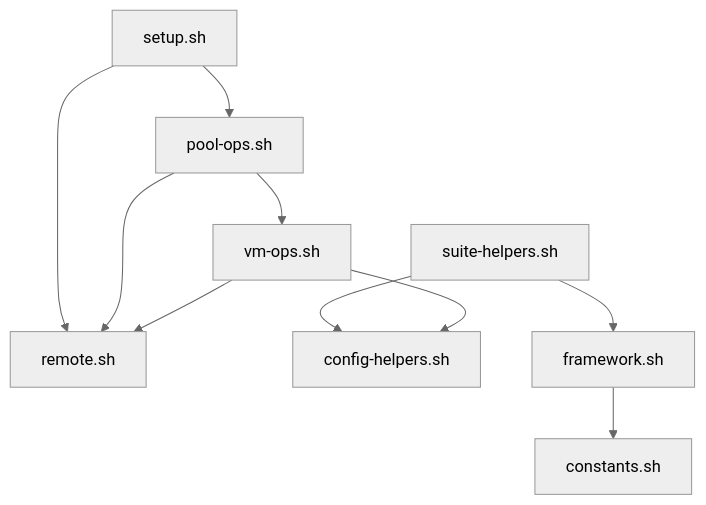
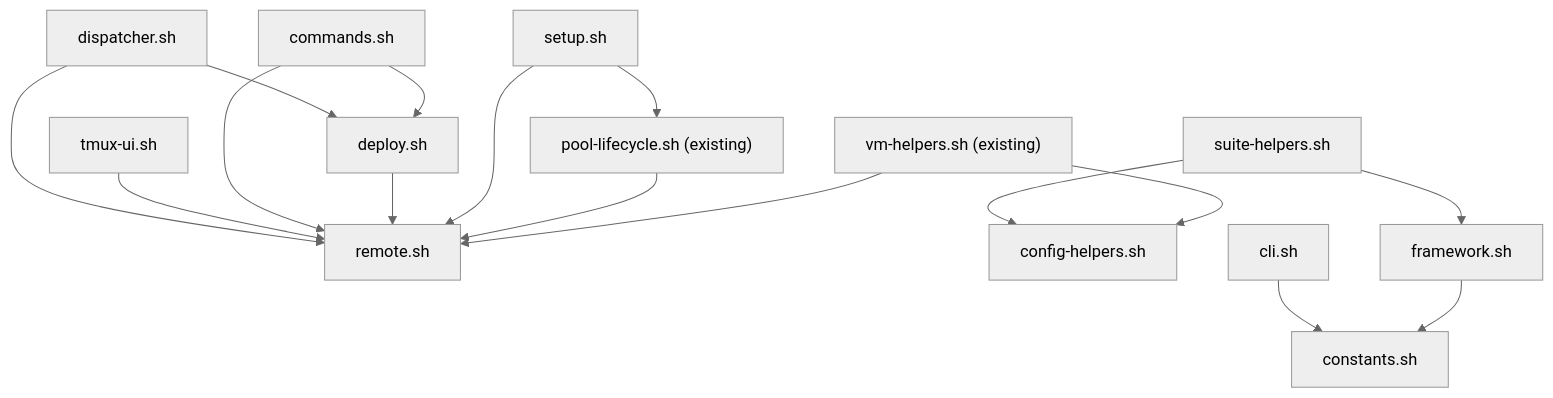
Before and after one commit to sjbylo/aba: the third of 3 diagrams in test/e2e/v2/dev/SPEC.md, drawn with Mermaid (neutral theme). The commit also changed other lines of this file and 29 other files, not shown here.

First line of the commit message:
E2E v2: modularize framework, merge VM helpers, add pool 5-6 config

````diff
--- a/test/e2e/v2/dev/SPEC.md
+++ b/test/e2e/v2/dev/SPEC.md
@@ -1101,21 +1181,32 @@
 ```mermaid
 flowchart TD
     constants["constants.sh"]
     remote["remote.sh"]
     config["config-helpers.sh"]
     fw["framework.sh"]
-    vmops["vm-ops.sh"]
-    poolops["pool-ops.sh"]
+    vmhelpers["vm-helpers.sh (existing)"]
+    poollife["pool-lifecycle.sh (existing)"]
     setup["setup.sh"]
     suitehelp["suite-helpers.sh"]
+    cli["cli.sh"]
+    deploy["deploy.sh"]
+    commands["commands.sh"]
+    tmuxui["tmux-ui.sh"]
+    dispatcher["dispatcher.sh"]
 
     fw --> constants
-    vmops --> remote
-    vmops --> config
-    poolops --> vmops
-    poolops --> remote
+    vmhelpers --> remote
+    vmhelpers --> config
+    poollife --> remote
     setup --> remote
-    setup --> poolops
+    setup --> poollife
     suitehelp --> fw
     suitehelp --> config
+    cli --> constants
+    deploy --> remote
+    commands --> remote
+    commands --> deploy
+    tmuxui --> remote
+    dispatcher --> remote
+    dispatcher --> deploy
 ```
````
